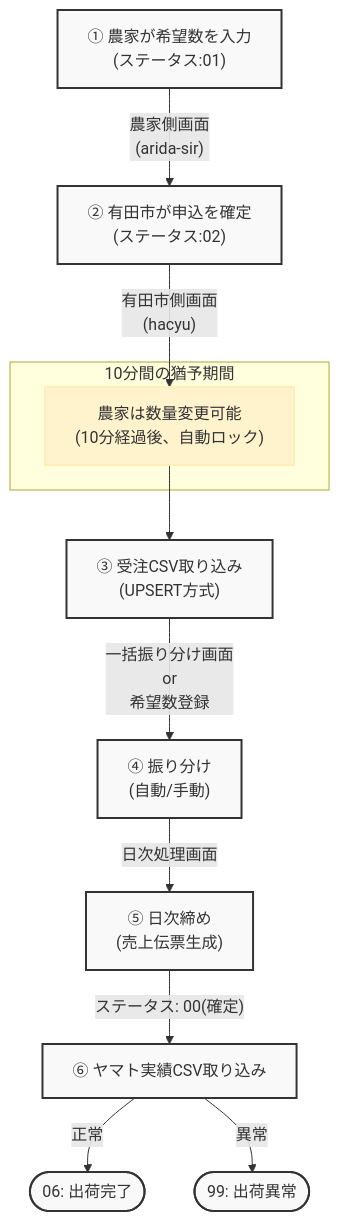
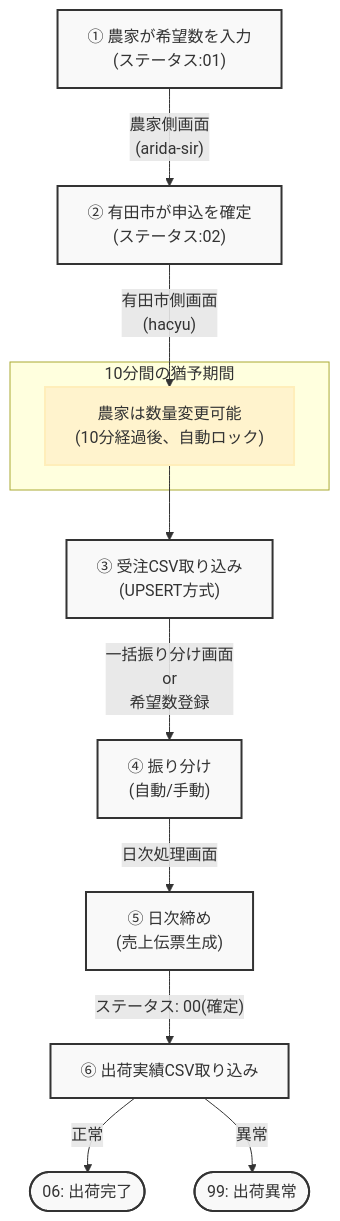
Before and after one commit to totototo0526/arida-furusato-nozei: the first of 2 diagrams in src/manual/01_overview.md, drawn with Mermaid. The commit also changed other lines of this file and 3 other files, not shown here.

````diff
--- a/src/manual/01_overview.md
+++ b/src/manual/01_overview.md
@@ -69,21 +69,21 @@
 ```mermaid
 flowchart TD
     A["① 農家が希望数を入力\n(ステータス:01)"] -->|"農家側画面\n(arida-sir)"| B
     B["② 有田市が申込を確定\n(ステータス:02)"] -->|"有田市側画面\n(hacyu)"| C
     
     subgraph Timer["10分間の猶予期間"]
         C["農家は数量変更可能\n(10分経過後、自動ロック)"]
     end
     
     C --> D["③ 受注CSV取り込み\n(UPSERT方式)"]
     D -->|"一括振り分け画面\n or \n希望数登録"| E["④ 振り分け\n(自動/手動)"]
     E -->|"日次処理画面"| F["⑤ 日次締め\n(売上伝票生成)"]
-    F -->|"ステータス: 00(確定)"| G["⑥ ヤマト実績CSV取り込み"]
+    F -->|"ステータス: 00(確定)"| G["⑥ 出荷実績CSV取り込み"]
     
     G -->|"正常"| H(["06: 出荷完了"])
     G -->|"異常"| I(["99: 出荷異常"])
     
     classDef default fill:#f9f9f9,stroke:#333,stroke-width:2px;
     classDef alert fill:#fff3cd,stroke:#ffeeba,stroke-width:2px;
     class C alert;
 ```
````
